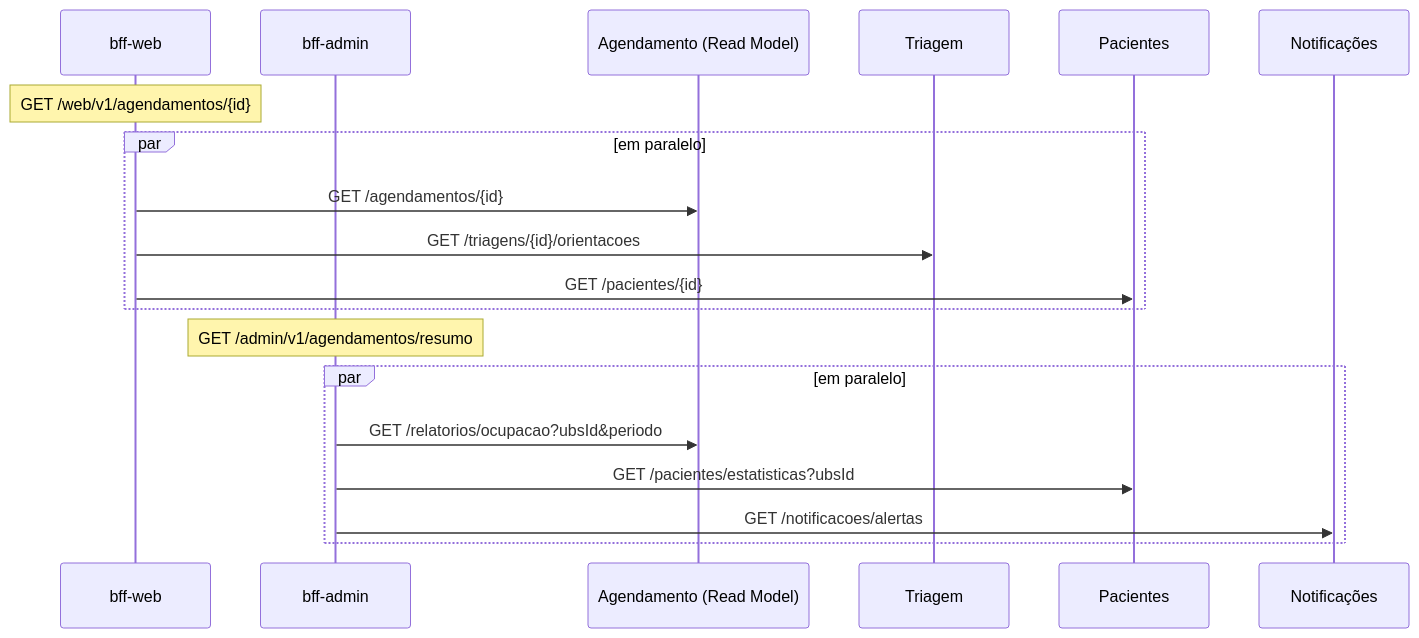
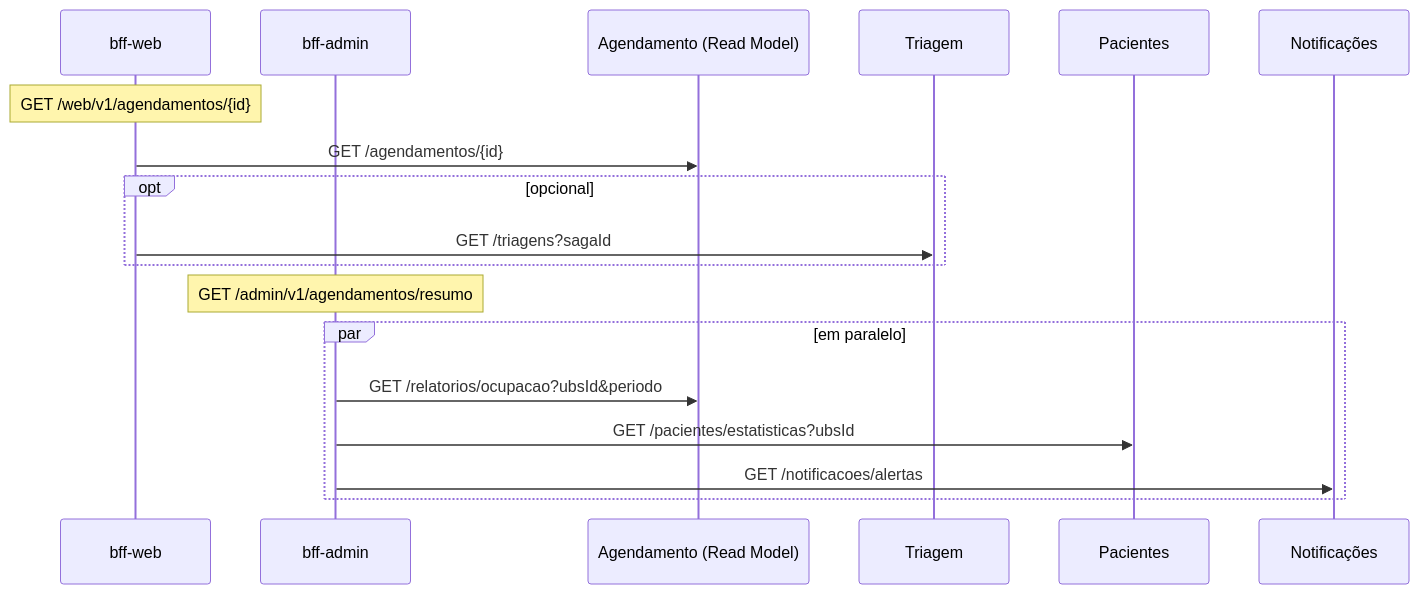
Before and after one commit to multiheros/saude-conecta: the diagram in docs/bff-comparativo.md, drawn with Mermaid. The commit also changed other lines of this file and 6 other files, not shown here.

````diff
--- a/docs/bff-comparativo.md
+++ b/docs/bff-comparativo.md
@@ -110,21 +111,20 @@
 ```mermaid
 sequenceDiagram
     participant W as bff-web
     participant A as bff-admin
     participant AG as Agendamento (Read Model)
     participant TR as Triagem
     participant PA as Pacientes
     participant NO as Notificações
     Note over W: GET /web/v1/agendamentos/{id}
-    par em paralelo
-      W->>AG: GET /agendamentos/{id}
-      W->>TR: GET /triagens/{id}/orientacoes
-      W->>PA: GET /pacientes/{id}
+    W->>AG: GET /agendamentos/{id}
+    opt opcional
+      W->>TR: GET /triagens?sagaId
     end
     Note over A: GET /admin/v1/agendamentos/resumo
     par em paralelo
       A->>AG: GET /relatorios/ocupacao?ubsId&periodo
       A->>PA: GET /pacientes/estatisticas?ubsId
       A->>NO: GET /notificacoes/alertas
     end
 ```
````
